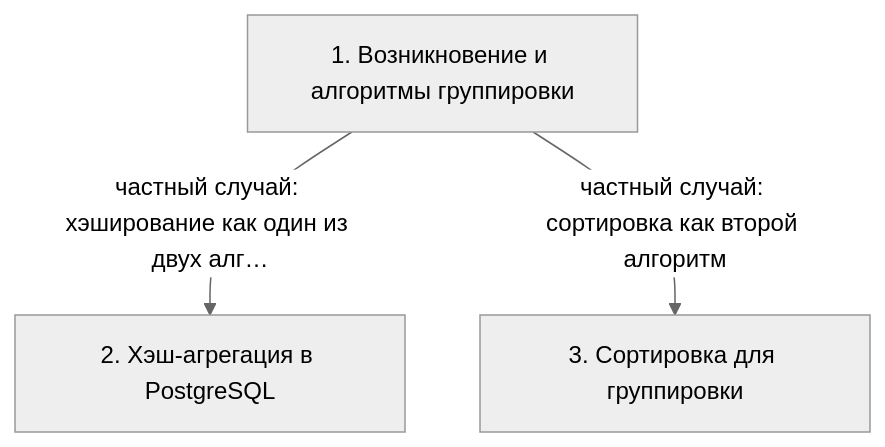
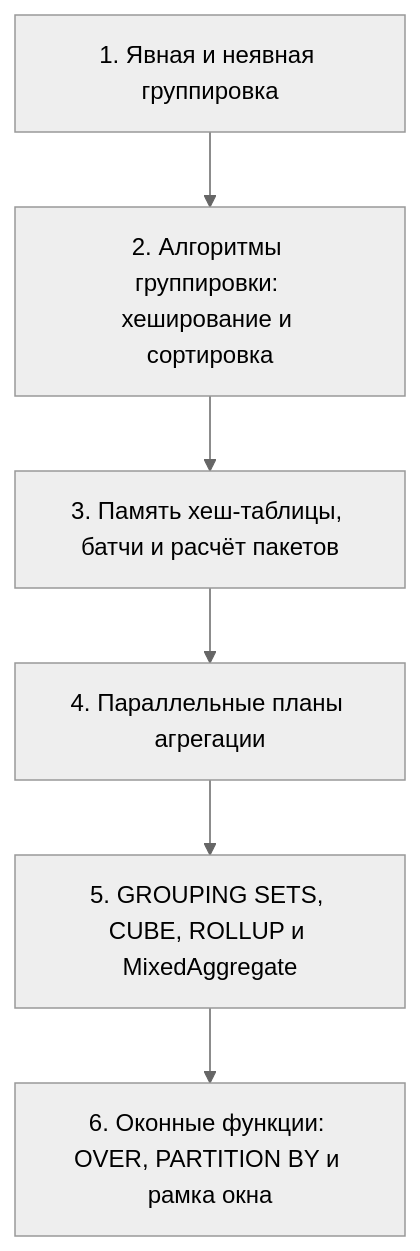
One commit to AsoloCode/notes changed the diagram in postgres-qpt/08 - QPT-16. 07. Группировка/notes.md. Above: the diagram before and after it, drawn with Mermaid (neutral theme). The commit also changed other lines of this file and 503 other files, not shown here.

First line of the commit message:
Обновить конспекты PostgreSQL (QPT-16, DEV1-16): слайды, схемы, факт-чек

````diff
--- a/postgres-qpt/08 - QPT-16. 07. Группировка/notes.md
+++ b/postgres-qpt/08 - QPT-16. 07. Группировка/notes.md
@@ -103,8 +238,14 @@
 ```mermaid
 flowchart TD
-    n1["1. Возникновение и алгоритмы группировки"]
-    n2["2. Хэш-агрегация в PostgreSQL"]
-    n3["3. Сортировка для группировки"]
-    n1 -->|частный случай: хэширование как один из двух алг…| n2
-    n1 -->|частный случай: сортировка как второй алгоритм| n3
+    n1["1. Явная и неявная группировка"]
+    n2["2. Алгоритмы группировки: хеширование и сортировка"]
+    n3["3. Память хеш-таблицы, батчи и расчёт пакетов"]
+    n4["4. Параллельные планы агрегации"]
+    n5["5. GROUPING SETS, CUBE, ROLLUP и MixedAggregate"]
+    n6["6. Оконные функции: OVER, PARTITION BY и рамка окна"]
+    n1 --> n2
+    n2 --> n3
+    n3 --> n4
+    n4 --> n5
+    n5 --> n6
 ```
````
